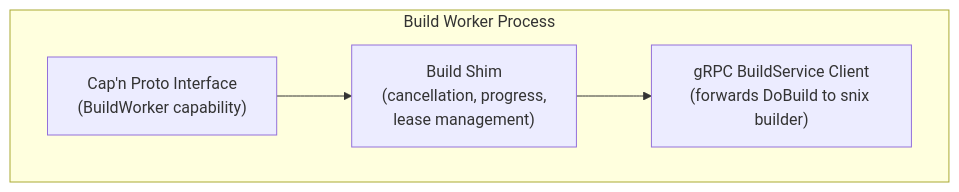
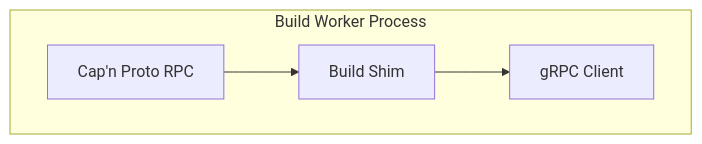
Before and after one commit to axiosoph/axios: the fifth of 10 diagrams in docs/architecture/eos-sad.md, drawn with Mermaid. The commit also changed other lines of this file and 3 other files, not shown here.

First line of the commit message:
feat(www): add interactive mermaid viewer

````diff
--- a/docs/architecture/eos-sad.md
+++ b/docs/architecture/eos-sad.md
@@ -367,11 +349,11 @@
 ```mermaid
 graph TB
     subgraph "Build Worker Process"
-        BWRPC["Cap'n Proto Interface<br/>(BuildWorker capability)"]
-        SHIM["Build Shim<br/>(cancellation, progress,<br/>lease management)"]
-        GRPC["gRPC BuildService Client<br/>(forwards DoBuild to snix builder)"]
+        BWRPC["Cap'n Proto RPC"]
+        SHIM["Build Shim"]
+        GRPC["gRPC Client"]
     end
 
     BWRPC --> SHIM
     SHIM --> GRPC
 ```
````
